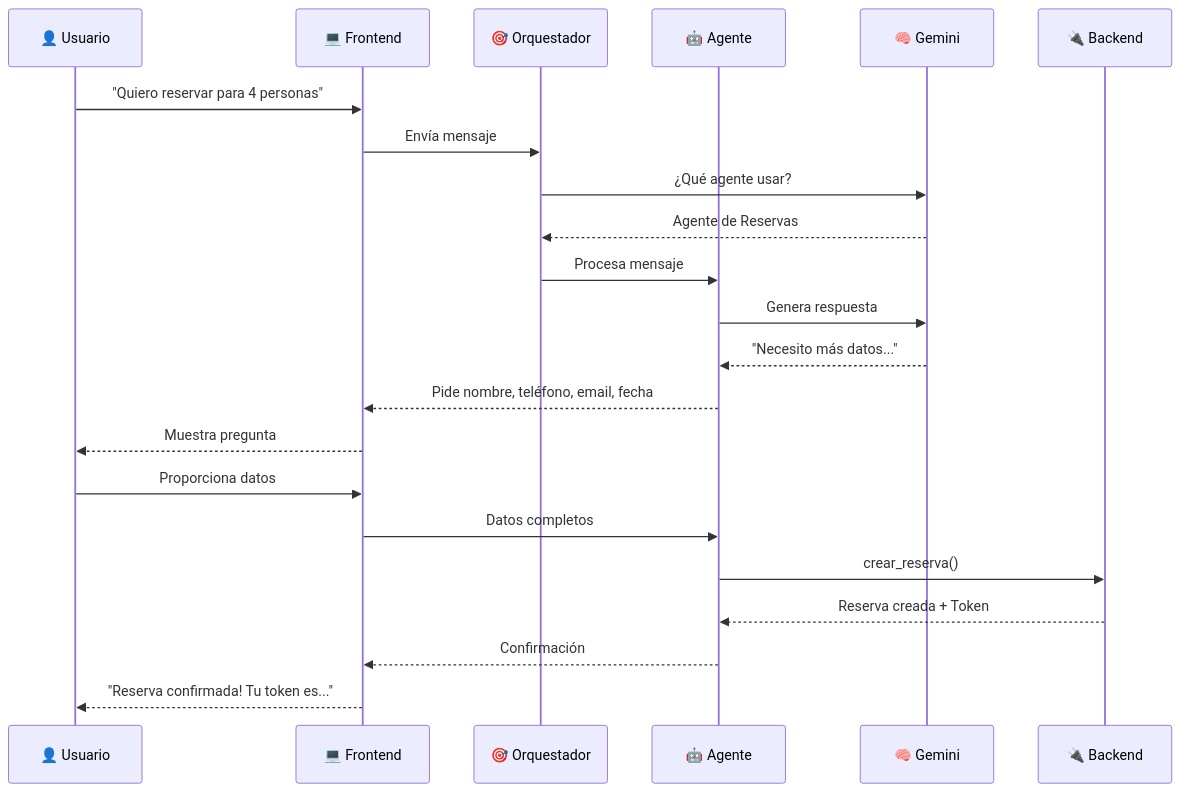
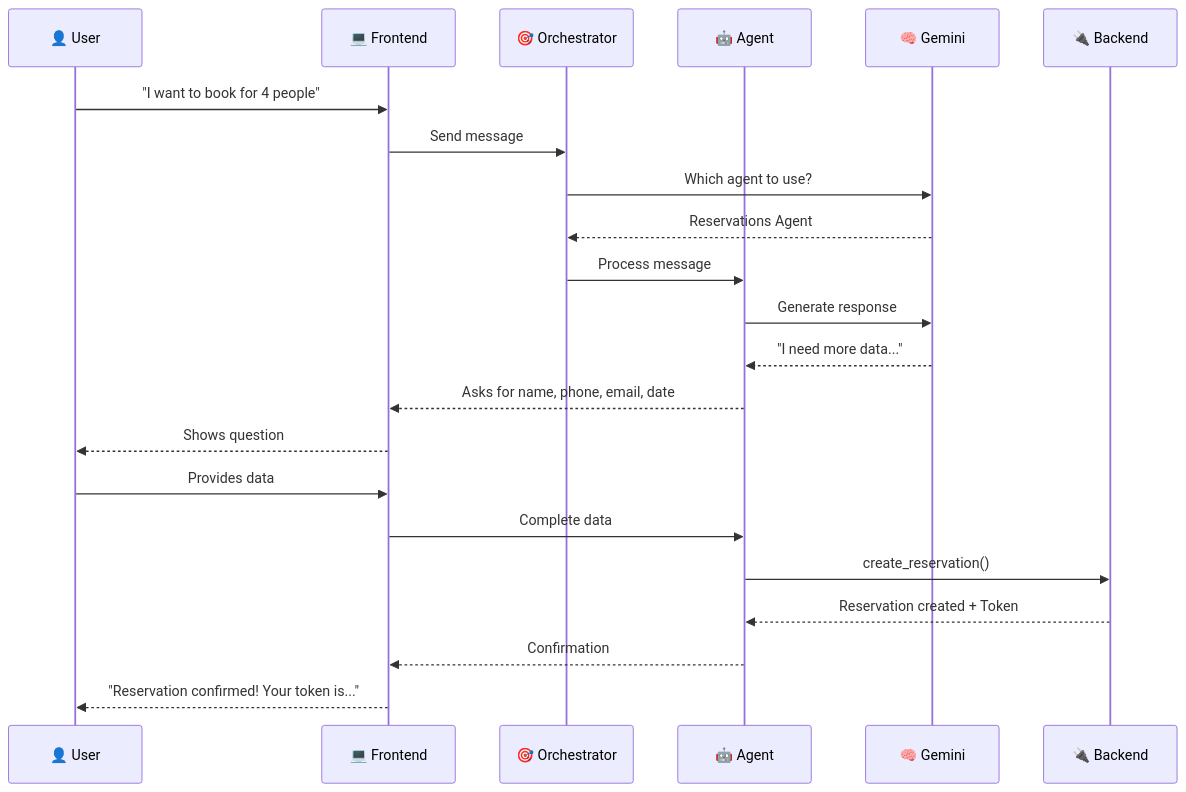
The second of 2 diagrams in CAPSTONE_PROJECT.md (AxoneDesktop/Proyecto-4-Un-asistente-para-la-empresa-Agente), drawn with Mermaid before and after one commit. The commit also changed other lines of this file and 19 other files, not shown here.

````diff
--- a/CAPSTONE_PROJECT.md
+++ b/CAPSTONE_PROJECT.md
@@ -113,25 +113,25 @@
 ```mermaid
 sequenceDiagram
-    participant U as 👤 Usuario
+    participant U as 👤 User
     participant F as 💻 Frontend
-    participant O as 🎯 Orquestador
-    participant A as 🤖 Agente
+    participant O as 🎯 Orchestrator
+    participant A as 🤖 Agent
     participant G as 🧠 Gemini
     participant B as 🔌 Backend
     
-    U->>F: "Quiero reservar para 4 personas"
-    F->>O: Envía mensaje
-    O->>G: ¿Qué agente usar?
-    G-->>O: Agente de Reservas
-    O->>A: Procesa mensaje
-    A->>G: Genera respuesta
-    G-->>A: "Necesito más datos..."
-    A-->>F: Pide nombre, teléfono, email, fecha
-    F-->>U: Muestra pregunta
-    U->>F: Proporciona datos
-    F->>A: Datos completos
-    A->>B: crear_reserva()
-    B-->>A: Reserva creada + Token
-    A-->>F: Confirmación
-    F-->>U: "Reserva confirmada! Tu token es..."
+    U->>F: "I want to book for 4 people"
+    F->>O: Send message
+    O->>G: Which agent to use?
+    G-->>O: Reservations Agent
+    O->>A: Process message
+    A->>G: Generate response
+    G-->>A: "I need more data..."
+    A-->>F: Asks for name, phone, email, date
+    F-->>U: Shows question
+    U->>F: Provides data
+    F->>A: Complete data
+    A->>B: create_reservation()
+    B-->>A: Reservation created + Token
+    A-->>F: Confirmation
+    F-->>U: "Reservation confirmed! Your token is..."
 ```
````
